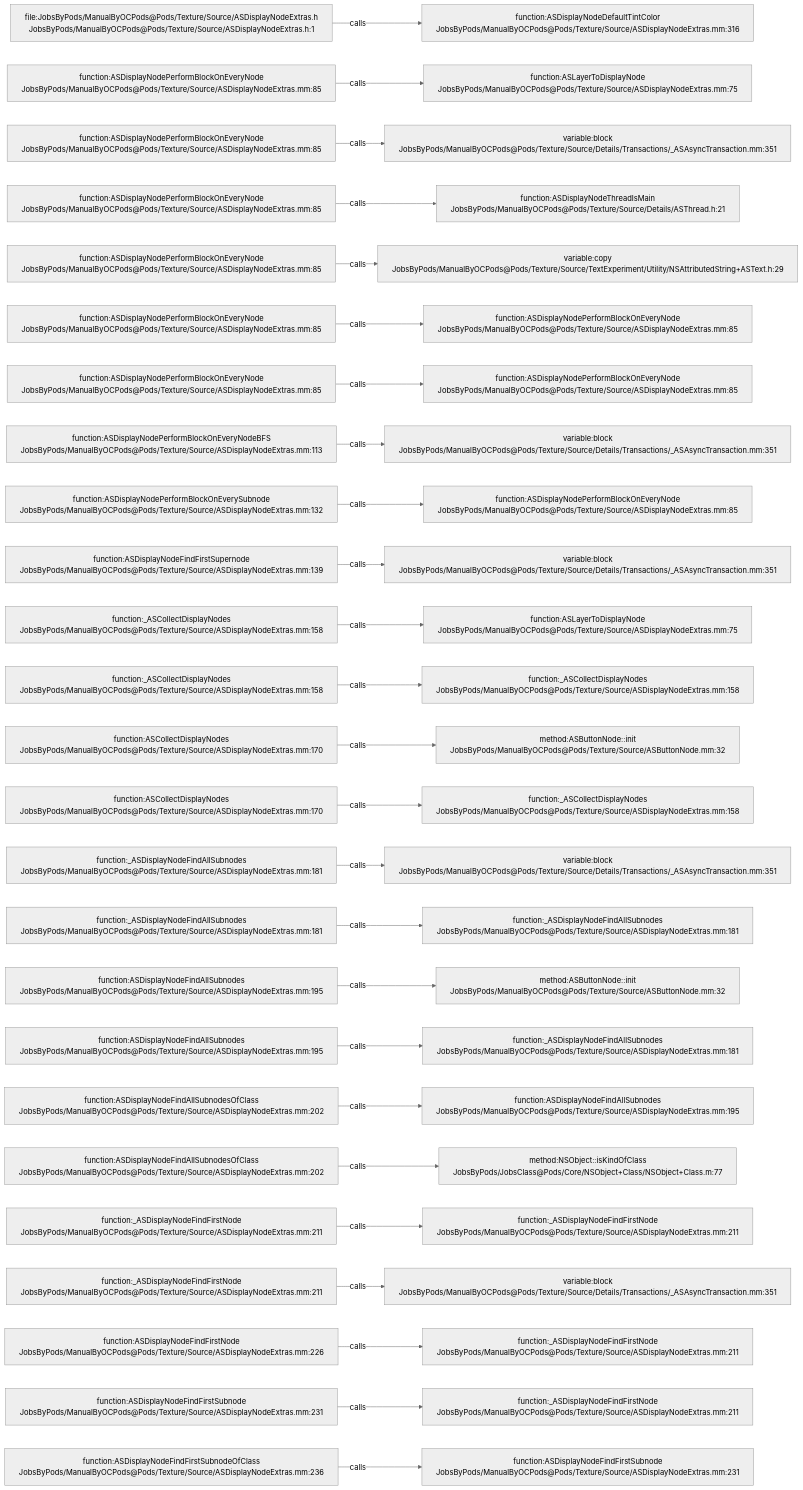
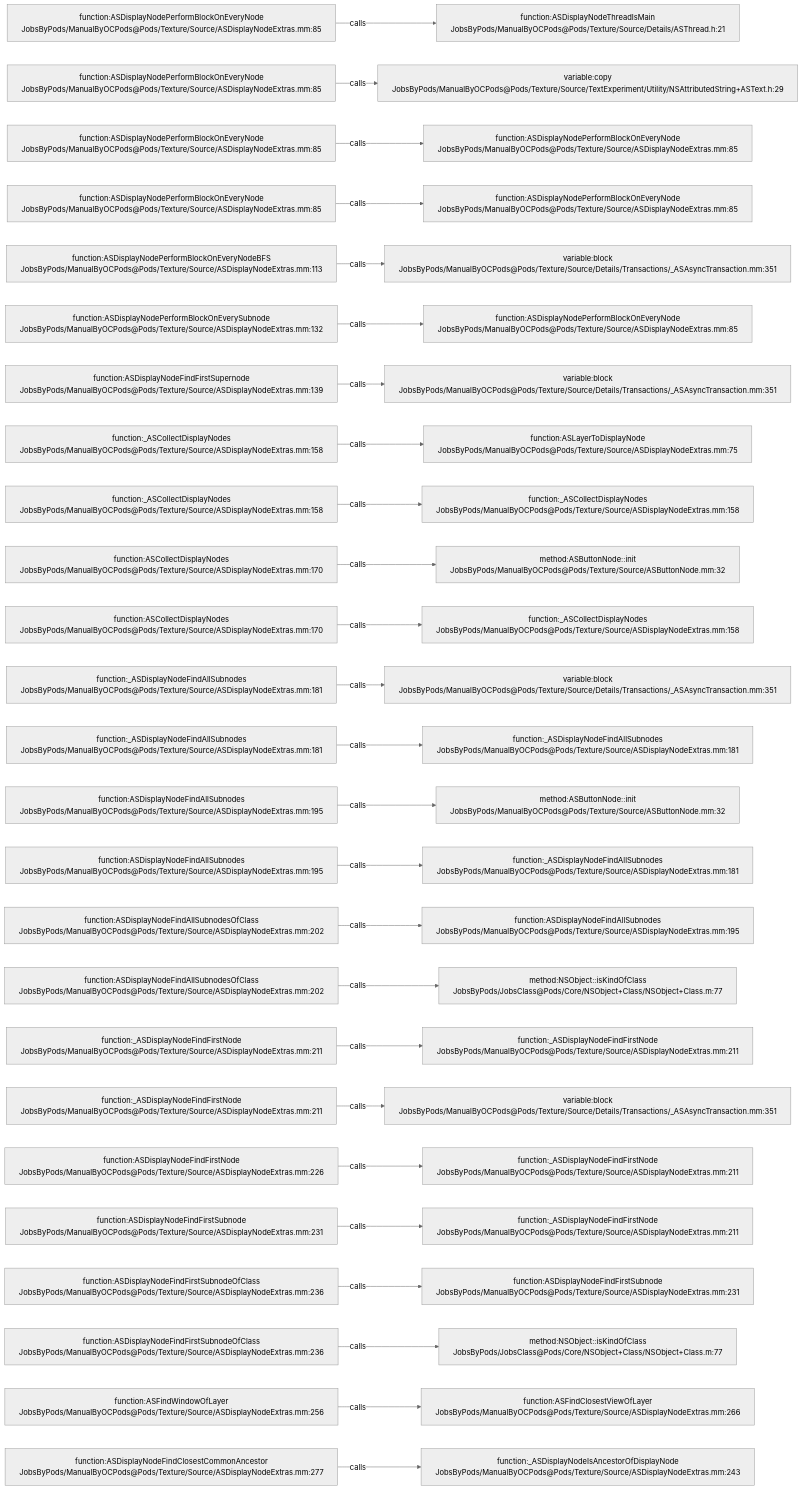
Before and after one commit to JobsKits/JobsOCBaseConfigDemo: the diagram in .codegraph/codegraph.md/graphs/calls-108.md, drawn with Mermaid (neutral theme). The commit also changed 342 other files, not shown here.

````diff
--- a/.codegraph/codegraph.md/graphs/calls-108.md
+++ b/.codegraph/codegraph.md/graphs/calls-108.md
@@ -13,78 +13,78 @@
 ```mermaid
 flowchart LR
-  S1["file:JobsByPods/ManualByOCPods@Pods/Texture/Source/ASDisplayNodeExtras.h<br/>JobsByPods/ManualByOCPods@Pods/Texture/Source/ASDisplayNodeExtras.h:1"]
-  T1["function:ASDisplayNodeDefaultTintColor<br/>JobsByPods/ManualByOCPods@Pods/Texture/Source/ASDisplayNodeExtras.mm:316"]
+  S1["function:ASDisplayNodePerformBlockOnEveryNode<br/>JobsByPods/ManualByOCPods@Pods/Texture/Source/ASDisplayNodeExtras.mm:85"]
+  T1["function:ASDisplayNodeThreadIsMain<br/>JobsByPods/ManualByOCPods@Pods/Texture/Source/Details/ASThread.h:21"]
   S1 -->|calls| T1
   S2["function:ASDisplayNodePerformBlockOnEveryNode<br/>JobsByPods/ManualByOCPods@Pods/Texture/Source/ASDisplayNodeExtras.mm:85"]
-  T2["function:ASLayerToDisplayNode<br/>JobsByPods/ManualByOCPods@Pods/Texture/Source/ASDisplayNodeExtras.mm:75"]
+  T2["variable:copy<br/>JobsByPods/ManualByOCPods@Pods/Texture/Source/TextExperiment/Utility/NSAttributedString+ASText.h:29"]
   S2 -->|calls| T2
   S3["function:ASDisplayNodePerformBlockOnEveryNode<br/>JobsByPods/ManualByOCPods@Pods/Texture/Source/ASDisplayNodeExtras.mm:85"]
-  T3["variable:block<br/>JobsByPods/ManualByOCPods@Pods/Texture/Source/Details/Transactions/_ASAsyncTransaction.mm:351"]
+  T3["function:ASDisplayNodePerformBlockOnEveryNode<br/>JobsByPods/ManualByOCPods@Pods/Texture/Source/ASDisplayNodeExtras.mm:85"]
   S3 -->|calls| T3
   S4["function:ASDisplayNodePerformBlockOnEveryNode<br/>JobsByPods/ManualByOCPods@Pods/Texture/Source/ASDisplayNodeExtras.mm:85"]
-  T4["function:ASDisplayNodeThreadIsMain<br/>JobsByPods/ManualByOCPods@Pods/Texture/Source/Details/ASThread.h:21"]
+  T4["function:ASDisplayNodePerformBlockOnEveryNode<br/>JobsByPods/ManualByOCPods@Pods/Texture/Source/ASDisplayNodeExtras.mm:85"]
   S4 -->|calls| T4
-  S5["function:ASDisplayNodePerformBlockOnEveryNode<br/>JobsByPods/ManualByOCPods@Pods/Texture/Source/ASDisplayNodeExtras.mm:85"]
-  T5["variable:copy<br/>JobsByPods/ManualByOCPods@Pods/Texture/Source/TextExperiment/Utility/NSAttributedString+ASText.h:29"]
+  S5["function:ASDisplayNodePerformBlockOnEveryNodeBFS<br/>JobsByPods/ManualByOCPods@Pods/Texture/Source/ASDisplayNodeExtras.mm:113"]
+  T5["variable:block<br/>JobsByPods/ManualByOCPods@Pods/Texture/Source/Details/Transactions/_ASAsyncTransaction.mm:351"]
   S5 -->|calls| T5
-  S6["function:ASDisplayNodePerformBlockOnEveryNode<br/>JobsByPods/ManualByOCPods@Pods/Texture/Source/ASDisplayNodeExtras.mm:85"]
+  S6["function:ASDisplayNodePerformBlockOnEverySubnode<br/>JobsByPods/ManualByOCPods@Pods/Texture/Source/ASDisplayNodeExtras.mm:132"]
   T6["function:ASDisplayNodePerformBlockOnEveryNode<br/>JobsByPods/ManualByOCPods@Pods/Texture/Source/ASDisplayNodeExtras.mm:85"]
   S6 -->|calls| T6
-  S7["function:ASDisplayNodePerformBlockOnEveryNode<br/>JobsByPods/ManualByOCPods@Pods/Texture/Source/ASDisplayNodeExtras.mm:85"]
-  T7["function:ASDisplayNodePerformBlockOnEveryNode<br/>JobsByPods/ManualByOCPods@Pods/Texture/Source/ASDisplayNodeExtras.mm:85"]
+  S7["function:ASDisplayNodeFindFirstSupernode<br/>JobsByPods/ManualByOCPods@Pods/Texture/Source/ASDisplayNodeExtras.mm:139"]
+  T7["variable:block<br/>JobsByPods/ManualByOCPods@Pods/Texture/Source/Details/Transactions/_ASAsyncTransaction.mm:351"]
   S7 -->|calls| T7
-  S8["function:ASDisplayNodePerformBlockOnEveryNodeBFS<br/>JobsByPods/ManualByOCPods@Pods/Texture/Source/ASDisplayNodeExtras.mm:113"]
-  T8["variable:block<br/>JobsByPods/ManualByOCPods@Pods/Texture/Source/Details/Transactions/_ASAsyncTransaction.mm:351"]
+  S8["function:_ASCollectDisplayNodes<br/>JobsByPods/ManualByOCPods@Pods/Texture/Source/ASDisplayNodeExtras.mm:158"]
+  T8["function:ASLayerToDisplayNode<br/>JobsByPods/ManualByOCPods@Pods/Texture/Source/ASDisplayNodeExtras.mm:75"]
   S8 -->|calls| T8
-  S9["function:ASDisplayNodePerformBlockOnEverySubnode<br/>JobsByPods/ManualByOCPods@Pods/Texture/Source/ASDisplayNodeExtras.mm:132"]
-  T9["function:ASDisplayNodePerformBlockOnEveryNode<br/>JobsByPods/ManualByOCPods@Pods/Texture/Source/ASDisplayNodeExtras.mm:85"]
+  S9["function:_ASCollectDisplayNodes<br/>JobsByPods/ManualByOCPods@Pods/Texture/Source/ASDisplayNodeExtras.mm:158"]
+  T9["function:_ASCollectDisplayNodes<br/>JobsByPods/ManualByOCPods@Pods/Texture/Source/ASDisplayNodeExtras.mm:158"]
   S9 -->|calls| T9
-  S10["function:ASDisplayNodeFindFirstSupernode<br/>JobsByPods/ManualByOCPods@Pods/Texture/Source/ASDisplayNodeExtras.mm:139"]
-  T10["variable:block<br/>JobsByPods/ManualByOCPods@Pods/Texture/Source/Details/Transactions/_ASAsyncTransaction.mm:351"]
+  S10["function:ASCollectDisplayNodes<br/>JobsByPods/ManualByOCPods@Pods/Texture/Source/ASDisplayNodeExtras.mm:170"]
+  T10["method:ASButtonNode::init<br/>JobsByPods/ManualByOCPods@Pods/Texture/Source/ASButtonNode.mm:32"]
   S10 -->|calls| T10
-  S11["function:_ASCollectDisplayNodes<br/>JobsByPods/ManualByOCPods@Pods/Texture/Source/ASDisplayNodeExtras.mm:158"]
-  T11["function:ASLayerToDisplayNode<br/>JobsByPods/ManualByOCPods@Pods/Texture/Source/ASDisplayNodeExtras.mm:75"]
+  S11["function:ASCollectDisplayNodes<br/>JobsByPods/ManualByOCPods@Pods/Texture/Source/ASDisplayNodeExtras.mm:170"]
+  T11["function:_ASCollectDisplayNodes<br/>JobsByPods/ManualByOCPods@Pods/Texture/Source/ASDisplayNodeExtras.mm:158"]
   S11 -->|calls| T11
-  S12["function:_ASCollectDisplayNodes<br/>JobsByPods/ManualByOCPods@Pods/Texture/Source/ASDisplayNodeExtras.mm:158"]
-  T12["function:_ASCollectDisplayNodes<br/>JobsByPods/ManualByOCPods@Pods/Texture/Source/ASDisplayNodeExtras.mm:158"]
+  S12["function:_ASDisplayNodeFindAllSubnodes<br/>JobsByPods/ManualByOCPods@Pods/Texture/Source/ASDisplayNodeExtras.mm:181"]
+  T12["variable:block<br/>JobsByPods/ManualByOCPods@Pods/Texture/Source/Details/Transactions/_ASAsyncTransaction.mm:351"]
   S12 -->|calls| T12
-  S13["function:ASCollectDisplayNodes<br/>JobsByPods/ManualByOCPods@Pods/Texture/Source/ASDisplayNodeExtras.mm:170"]
-  T13["method:ASButtonNode::init<br/>JobsByPods/ManualByOCPods@Pods/Texture/Source/ASButtonNode.mm:32"]
+  S13["function:_ASDisplayNodeFindAllSubnodes<br/>JobsByPods/ManualByOCPods@Pods/Texture/Source/ASDisplayNodeExtras.mm:181"]
+  T13["function:_ASDisplayNodeFindAllSubnodes<br/>JobsByPods/ManualByOCPods@Pods/Texture/Source/ASDisplayNodeExtras.mm:181"]
   S13 -->|calls| T13
-  S14["function:ASCollectDisplayNodes<br/>JobsByPods/ManualByOCPods@Pods/Texture/Source/ASDisplayNodeExtras.mm:170"]
-  T14["function:_ASCollectDisplayNodes<br/>JobsByPods/ManualByOCPods@Pods/Texture/Source/ASDisplayNodeExtras.mm:158"]
+  S14["function:ASDisplayNodeFindAllSubnodes<br/>JobsByPods/ManualByOCPods@Pods/Texture/Source/ASDisplayNodeExtras.mm:195"]
+  T14["method:ASButtonNode::init<br/>JobsByPods/ManualByOCPods@Pods/Texture/Source/ASButtonNode.mm:32"]
   S14 -->|calls| T14
-  S15["function:_ASDisplayNodeFindAllSubnodes<br/>JobsByPods/ManualByOCPods@Pods/Texture/Source/ASDisplayNodeExtras.mm:181"]
-  T15["variable:block<br/>JobsByPods/ManualByOCPods@Pods/Texture/Source/Details/Transactions/_ASAsyncTransaction.mm:351"]
+  S15["function:ASDisplayNodeFindAllSubnodes<br/>JobsByPods/ManualByOCPods@Pods/Texture/Source/ASDisplayNodeExtras.mm:195"]
+  T15["function:_ASDisplayNodeFindAllSubnodes<br/>JobsByPods/ManualByOCPods@Pods/Texture/Source/ASDisplayNodeExtras.mm:181"]
   S15 -->|calls| T15
-  S16["function:_ASDisplayNodeFindAllSubnodes<br/>JobsByPods/ManualByOCPods@Pods/Texture/Source/ASDisplayNodeExtras.mm:181"]
-  T16["function:_ASDisplayNodeFindAllSubnodes<br/>JobsByPods/ManualByOCPods@Pods/Texture/Source/ASDisplayNodeExtras.mm:181"]
+  S16["function:ASDisplayNodeFindAllSubnodesOfClass<br/>JobsByPods/ManualByOCPods@Pods/Texture/Source/ASDisplayNodeExtras.mm:202"]
+  T16["function:ASDisplayNodeFindAllSubnodes<br/>JobsByPods/ManualByOCPods@Pods/Texture/Source/ASDisplayNodeExtras.mm:195"]
   S16 -->|calls| T16
-  S17["function:ASDisplayNodeFindAllSubnodes<br/>JobsByPods/ManualByOCPods@Pods/Texture/Source/ASDisplayNodeExtras.mm:195"]
-  T17["method:ASButtonNode::init<br/>JobsByPods/ManualByOCPods@Pods/Texture/Source/ASButtonNode.mm:32"]
+  S17["function:ASDisplayNodeFindAllSubnodesOfClass<br/>JobsByPods/ManualByOCPods@Pods/Texture/Source/ASDisplayNodeExtras.mm:202"]
+  T17["method:NSObject::isKindOfClass<br/>JobsByPods/JobsClass@Pods/Core/NSObject+Class/NSObject+Class.m:77"]
   S17 -->|calls| T17
-  S18["function:ASDisplayNodeFindAllSubnodes<br/>JobsByPods/ManualByOCPods@Pods/Texture/Source/ASDisplayNodeExtras.mm:195"]
-  T18["function:_ASDisplayNodeFindAllSubnodes<br/>JobsByPods/ManualByOCPods@Pods/Texture/Source/ASDisplayNodeExtras.mm:181"]
+  S18["function:_ASDisplayNodeFindFirstNode<br/>JobsByPods/ManualByOCPods@Pods/Texture/Source/ASDisplayNodeExtras.mm:211"]
+  T18["function:_ASDisplayNodeFindFirstNode<br/>JobsByPods/ManualByOCPods@Pods/Texture/Source/ASDisplayNodeExtras.mm:211"]
   S18 -->|calls| T18
-  S19["function:ASDisplayNodeFindAllSubnodesOfClass<br/>JobsByPods/ManualByOCPods@Pods/Texture/Source/ASDisplayNodeExtras.mm:202"]
-  T19["function:ASDisplayNodeFindAllSubnodes<br/>JobsByPods/ManualByOCPods@Pods/Texture/Source/ASDisplayNodeExtras.mm:195"]
+  S19["function:_ASDisplayNodeFindFirstNode<br/>JobsByPods/ManualByOCPods@Pods/Texture/Source/ASDisplayNodeExtras.mm:211"]
+  T19["variable:block<br/>JobsByPods/ManualByOCPods@Pods/Texture/Source/Details/Transactions/_ASAsyncTransaction.mm:351"]
   S19 -->|calls| T19
-  S20["function:ASDisplayNodeFindAllSubnodesOfClass<br/>JobsByPods/ManualByOCPods@Pods/Texture/Source/ASDisplayNodeExtras.mm:202"]
-  T20["method:NSObject::isKindOfClass<br/>JobsByPods/JobsClass@Pods/Core/NSObject+Class/NSObject+Class.m:77"]
+  S20["function:ASDisplayNodeFindFirstNode<br/>JobsByPods/ManualByOCPods@Pods/Texture/Source/ASDisplayNodeExtras.mm:226"]
+  T20["function:_ASDisplayNodeFindFirstNode<br/>JobsByPods/ManualByOCPods@Pods/Texture/Source/ASDisplayNodeExtras.mm:211"]
   S20 -->|calls| T20
-  S21["function:_ASDisplayNodeFindFirstNode<br/>JobsByPods/ManualByOCPods@Pods/Texture/Source/ASDisplayNodeExtras.mm:211"]
+  S21["function:ASDisplayNodeFindFirstSubnode<br/>JobsByPods/ManualByOCPods@Pods/Texture/Source/ASDisplayNodeExtras.mm:231"]
   T21["function:_ASDisplayNodeFindFirstNode<br/>JobsByPods/ManualByOCPods@Pods/Texture/Source/ASDisplayNodeExtras.mm:211"]
   S21 -->|calls| T21
-  S22["function:_ASDisplayNodeFindFirstNode<br/>JobsByPods/ManualByOCPods@Pods/Texture/Source/ASDisplayNodeExtras.mm:211"]
-  T22["variable:block<br/>JobsByPods/ManualByOCPods@Pods/Texture/Source/Details/Transactions/_ASAsyncTransaction.mm:351"]
+  S22["function:ASDisplayNodeFindFirstSubnodeOfClass<br/>JobsByPods/ManualByOCPods@Pods/Texture/Source/ASDisplayNodeExtras.mm:236"]
+  T22["function:ASDisplayNodeFindFirstSubnode<br/>JobsByPods/ManualByOCPods@Pods/Texture/Source/ASDisplayNodeExtras.mm:231"]
   S22 -->|calls| T22
-  S23["function:ASDisplayNodeFindFirstNode<br/>JobsByPods/ManualByOCPods@Pods/Texture/Source/ASDisplayNodeExtras.mm:226"]
-  T23["function:_ASDisplayNodeFindFirstNode<br/>JobsByPods/ManualByOCPods@Pods/Texture/Source/ASDisplayNodeExtras.mm:211"]
+  S23["function:ASDisplayNodeFindFirstSubnodeOfClass<br/>JobsByPods/ManualByOCPods@Pods/Texture/Source/ASDisplayNodeExtras.mm:236"]
+  T23["method:NSObject::isKindOfClass<br/>JobsByPods/JobsClass@Pods/Core/NSObject+Class/NSObject+Class.m:77"]
   S23 -->|calls| T23
-  S24["function:ASDisplayNodeFindFirstSubnode<br/>JobsByPods/ManualByOCPods@Pods/Texture/Source/ASDisplayNodeExtras.mm:231"]
-  T24["function:_ASDisplayNodeFindFirstNode<br/>JobsByPods/ManualByOCPods@Pods/Texture/Source/ASDisplayNodeExtras.mm:211"]
+  S24["function:ASFindWindowOfLayer<br/>JobsByPods/ManualByOCPods@Pods/Texture/Source/ASDisplayNodeExtras.mm:256"]
+  T24["function:ASFindClosestViewOfLayer<br/>JobsByPods/ManualByOCPods@Pods/Texture/Source/ASDisplayNodeExtras.mm:266"]
   S24 -->|calls| T24
-  S25["function:ASDisplayNodeFindFirstSubnodeOfClass<br/>JobsByPods/ManualByOCPods@Pods/Texture/Source/ASDisplayNodeExtras.mm:236"]
-  T25["function:ASDisplayNodeFindFirstSubnode<br/>JobsByPods/ManualByOCPods@Pods/Texture/Source/ASDisplayNodeExtras.mm:231"]
+  S25["function:ASDisplayNodeFindClosestCommonAncestor<br/>JobsByPods/ManualByOCPods@Pods/Texture/Source/ASDisplayNodeExtras.mm:277"]
+  T25["function:_ASDisplayNodeIsAncestorOfDisplayNode<br/>JobsByPods/ManualByOCPods@Pods/Texture/Source/ASDisplayNodeExtras.mm:243"]
   S25 -->|calls| T25
 ```
````
